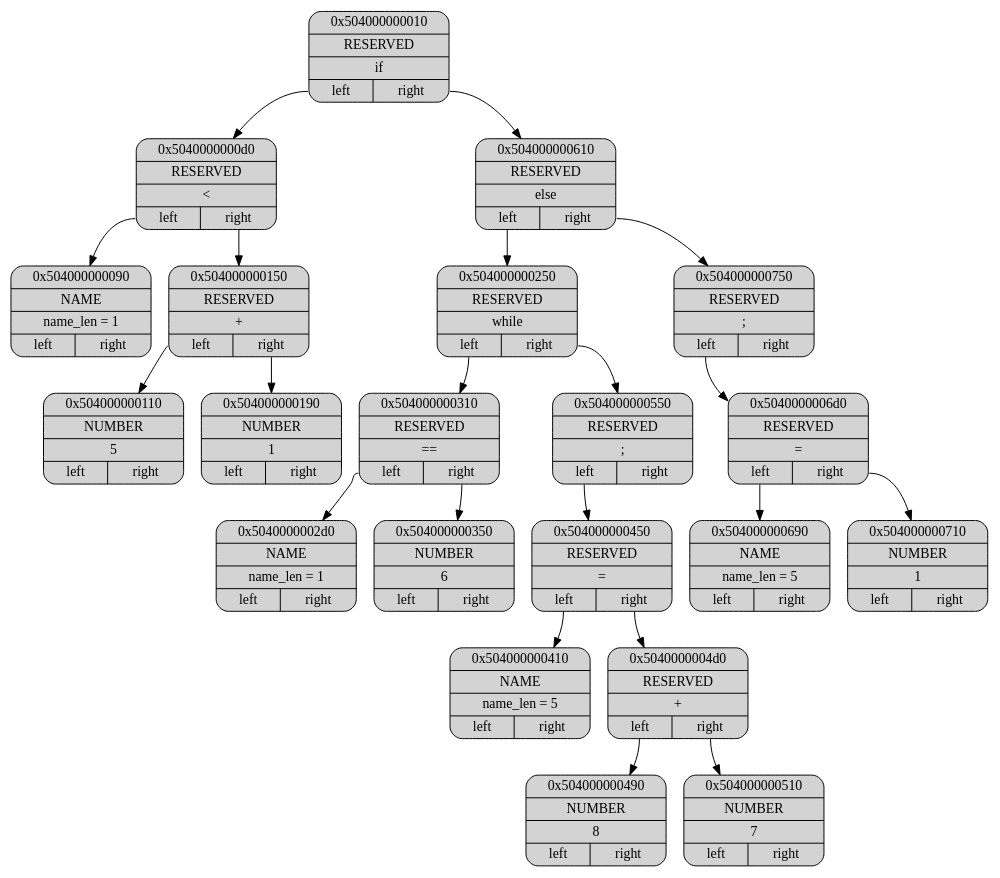
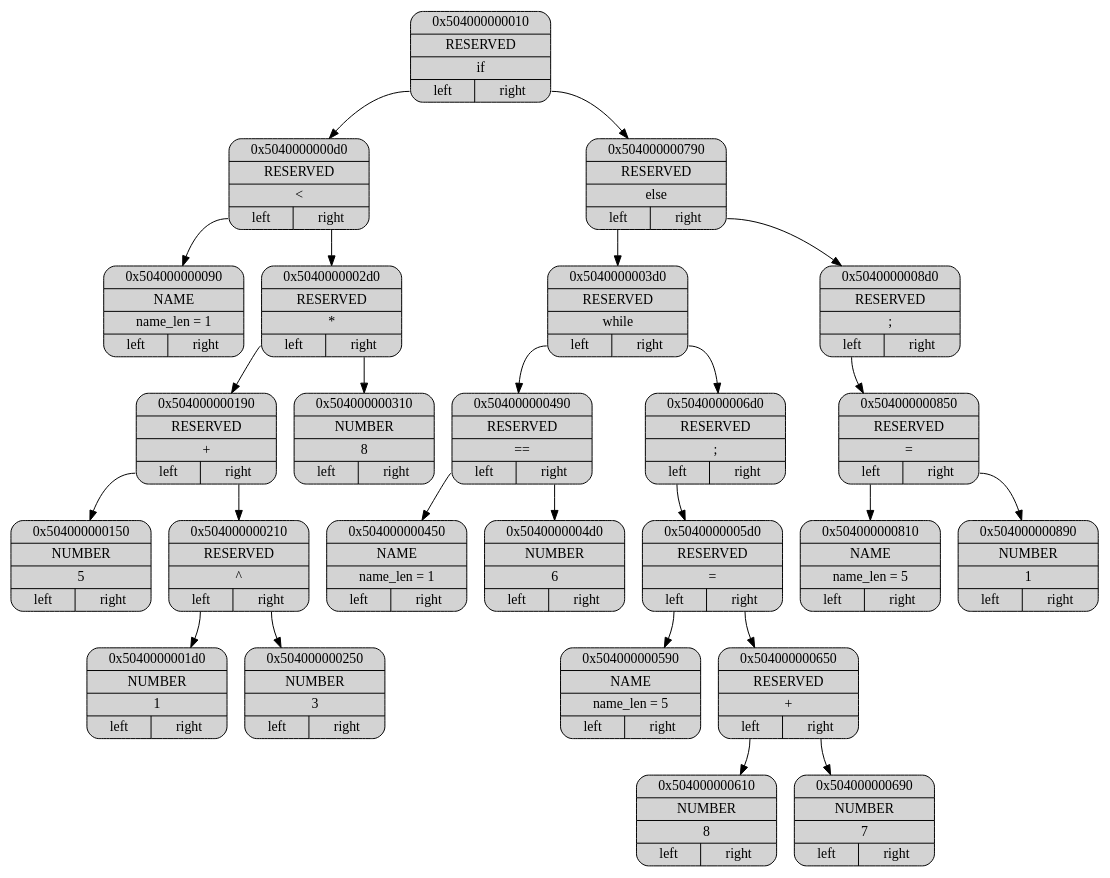
Before and after one commit to ashqqy/Language: the diagram in Dump/dump.dot, drawn with Graphviz. The commit also changed 16 other files, not shown here.

```diff
--- a/Dump/dump.dot
+++ b/Dump/dump.dot
@@ -1,47 +1,55 @@
 digraph G
 {
 node[shape="record", style="rounded, filled"];
 
 p0x504000000010[label = "{ <ptr> 0x504000000010 | <type> RESERVED | <data> \if | { <l>left|<r>right } }"];
 p0x5040000000d0[label = "{ <ptr> 0x5040000000d0 | <type> RESERVED | <data> \< | { <l>left|<r>right } }"];
 p0x504000000090[label = "{ <ptr> 0x504000000090 | <type> NAME | <data> name_len = 1 | { <l>left|<r>right } }"];
-p0x504000000150[label = "{ <ptr> 0x504000000150 | <type> RESERVED | <data> \+ | { <l>left|<r>right } }"];
-p0x504000000110[label = "{ <ptr> 0x504000000110 | <type> NUMBER | <data> 5 | { <l>left|<r>right } }"];
-p0x504000000190[label = "{ <ptr> 0x504000000190 | <type> NUMBER | <data> 1 | { <l>left|<r>right } }"];
-p0x504000000610[label = "{ <ptr> 0x504000000610 | <type> RESERVED | <data> \else | { <l>left|<r>right } }"];
-p0x504000000250[label = "{ <ptr> 0x504000000250 | <type> RESERVED | <data> \while | { <l>left|<r>right } }"];
-p0x504000000310[label = "{ <ptr> 0x504000000310 | <type> RESERVED | <data> \== | { <l>left|<r>right } }"];
-p0x5040000002d0[label = "{ <ptr> 0x5040000002d0 | <type> NAME | <data> name_len = 1 | { <l>left|<r>right } }"];
-p0x504000000350[label = "{ <ptr> 0x504000000350 | <type> NUMBER | <data> 6 | { <l>left|<r>right } }"];
-p0x504000000550[label = "{ <ptr> 0x504000000550 | <type> RESERVED | <data> \; | { <l>left|<r>right } }"];
-p0x504000000450[label = "{ <ptr> 0x504000000450 | <type> RESERVED | <data> \= | { <l>left|<r>right } }"];
-p0x504000000410[label = "{ <ptr> 0x504000000410 | <type> NAME | <data> name_len = 5 | { <l>left|<r>right } }"];
-p0x5040000004d0[label = "{ <ptr> 0x5040000004d0 | <type> RESERVED | <data> \+ | { <l>left|<r>right } }"];
-p0x504000000490[label = "{ <ptr> 0x504000000490 | <type> NUMBER | <data> 8 | { <l>left|<r>right } }"];
-p0x504000000510[label = "{ <ptr> 0x504000000510 | <type> NUMBER | <data> 7 | { <l>left|<r>right } }"];
-p0x504000000750[label = "{ <ptr> 0x504000000750 | <type> RESERVED | <data> \; | { <l>left|<r>right } }"];
-p0x5040000006d0[label = "{ <ptr> 0x5040000006d0 | <type> RESERVED | <data> \= | { <l>left|<r>right } }"];
-p0x504000000690[label = "{ <ptr> 0x504000000690 | <type> NAME | <data> name_len = 5 | { <l>left|<r>right } }"];
-p0x504000000710[label = "{ <ptr> 0x504000000710 | <type> NUMBER | <data> 1 | { <l>left|<r>right } }"];
+p0x5040000002d0[label = "{ <ptr> 0x5040000002d0 | <type> RESERVED | <data> \* | { <l>left|<r>right } }"];
+p0x504000000190[label = "{ <ptr> 0x504000000190 | <type> RESERVED | <data> \+ | { <l>left|<r>right } }"];
+p0x504000000150[label = "{ <ptr> 0x504000000150 | <type> NUMBER | <data> 5 | { <l>left|<r>right } }"];
+p0x504000000210[label = "{ <ptr> 0x504000000210 | <type> RESERVED | <data> \^ | { <l>left|<r>right } }"];
+p0x5040000001d0[label = "{ <ptr> 0x5040000001d0 | <type> NUMBER | <data> 1 | { <l>left|<r>right } }"];
+p0x504000000250[label = "{ <ptr> 0x504000000250 | <type> NUMBER | <data> 3 | { <l>left|<r>right } }"];
+p0x504000000310[label = "{ <ptr> 0x504000000310 | <type> NUMBER | <data> 8 | { <l>left|<r>right } }"];
+p0x504000000790[label = "{ <ptr> 0x504000000790 | <type> RESERVED | <data> \else | { <l>left|<r>right } }"];
+p0x5040000003d0[label = "{ <ptr> 0x5040000003d0 | <type> RESERVED | <data> \while | { <l>left|<r>right } }"];
+p0x504000000490[label = "{ <ptr> 0x504000000490 | <type> RESERVED | <data> \== | { <l>left|<r>right } }"];
+p0x504000000450[label = "{ <ptr> 0x504000000450 | <type> NAME | <data> name_len = 1 | { <l>left|<r>right } }"];
+p0x5040000004d0[label = "{ <ptr> 0x5040000004d0 | <type> NUMBER | <data> 6 | { <l>left|<r>right } }"];
+p0x5040000006d0[label = "{ <ptr> 0x5040000006d0 | <type> RESERVED | <data> \; | { <l>left|<r>right } }"];
+p0x5040000005d0[label = "{ <ptr> 0x5040000005d0 | <type> RESERVED | <data> \= | { <l>left|<r>right } }"];
+p0x504000000590[label = "{ <ptr> 0x504000000590 | <type> NAME | <data> name_len = 5 | { <l>left|<r>right } }"];
+p0x504000000650[label = "{ <ptr> 0x504000000650 | <type> RESERVED | <data> \+ | { <l>left|<r>right } }"];
+p0x504000000610[label = "{ <ptr> 0x504000000610 | <type> NUMBER | <data> 8 | { <l>left|<r>right } }"];
+p0x504000000690[label = "{ <ptr> 0x504000000690 | <type> NUMBER | <data> 7 | { <l>left|<r>right } }"];
+p0x5040000008d0[label = "{ <ptr> 0x5040000008d0 | <type> RESERVED | <data> \; | { <l>left|<r>right } }"];
+p0x504000000850[label = "{ <ptr> 0x504000000850 | <type> RESERVED | <data> \= | { <l>left|<r>right } }"];
+p0x504000000810[label = "{ <ptr> 0x504000000810 | <type> NAME | <data> name_len = 5 | { <l>left|<r>right } }"];
+p0x504000000890[label = "{ <ptr> 0x504000000890 | <type> NUMBER | <data> 1 | { <l>left|<r>right } }"];
 
 p0x504000000010:<l> -> p0x5040000000d0
 p0x5040000000d0:<l> -> p0x504000000090
-p0x5040000000d0:<r> -> p0x504000000150
-p0x504000000150:<l> -> p0x504000000110
-p0x504000000150:<r> -> p0x504000000190
-p0x504000000010:<r> -> p0x504000000610
-p0x504000000610:<l> -> p0x504000000250
-p0x504000000250:<l> -> p0x504000000310
-p0x504000000310:<l> -> p0x5040000002d0
-p0x504000000310:<r> -> p0x504000000350
-p0x504000000250:<r> -> p0x504000000550
-p0x504000000550:<l> -> p0x504000000450
-p0x504000000450:<l> -> p0x504000000410
-p0x504000000450:<r> -> p0x5040000004d0
-p0x5040000004d0:<l> -> p0x504000000490
-p0x5040000004d0:<r> -> p0x504000000510
-p0x504000000610:<r> -> p0x504000000750
-p0x504000000750:<l> -> p0x5040000006d0
-p0x5040000006d0:<l> -> p0x504000000690
-p0x5040000006d0:<r> -> p0x504000000710
+p0x5040000000d0:<r> -> p0x5040000002d0
+p0x5040000002d0:<l> -> p0x504000000190
+p0x504000000190:<l> -> p0x504000000150
+p0x504000000190:<r> -> p0x504000000210
+p0x504000000210:<l> -> p0x5040000001d0
+p0x504000000210:<r> -> p0x504000000250
+p0x5040000002d0:<r> -> p0x504000000310
+p0x504000000010:<r> -> p0x504000000790
+p0x504000000790:<l> -> p0x5040000003d0
+p0x5040000003d0:<l> -> p0x504000000490
+p0x504000000490:<l> -> p0x504000000450
+p0x504000000490:<r> -> p0x5040000004d0
+p0x5040000003d0:<r> -> p0x5040000006d0
+p0x5040000006d0:<l> -> p0x5040000005d0
+p0x5040000005d0:<l> -> p0x504000000590
+p0x5040000005d0:<r> -> p0x504000000650
+p0x504000000650:<l> -> p0x504000000610
+p0x504000000650:<r> -> p0x504000000690
+p0x504000000790:<r> -> p0x5040000008d0
+p0x5040000008d0:<l> -> p0x504000000850
+p0x504000000850:<l> -> p0x504000000810
+p0x504000000850:<r> -> p0x504000000890
 }
```
